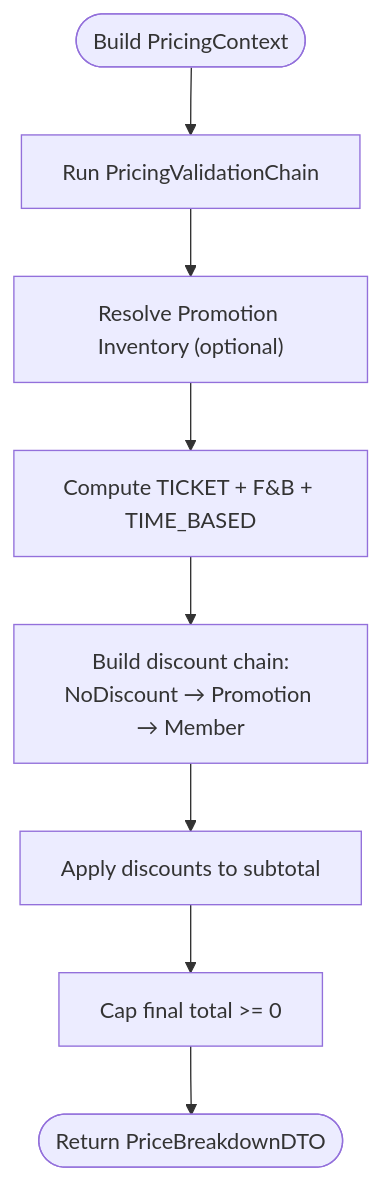
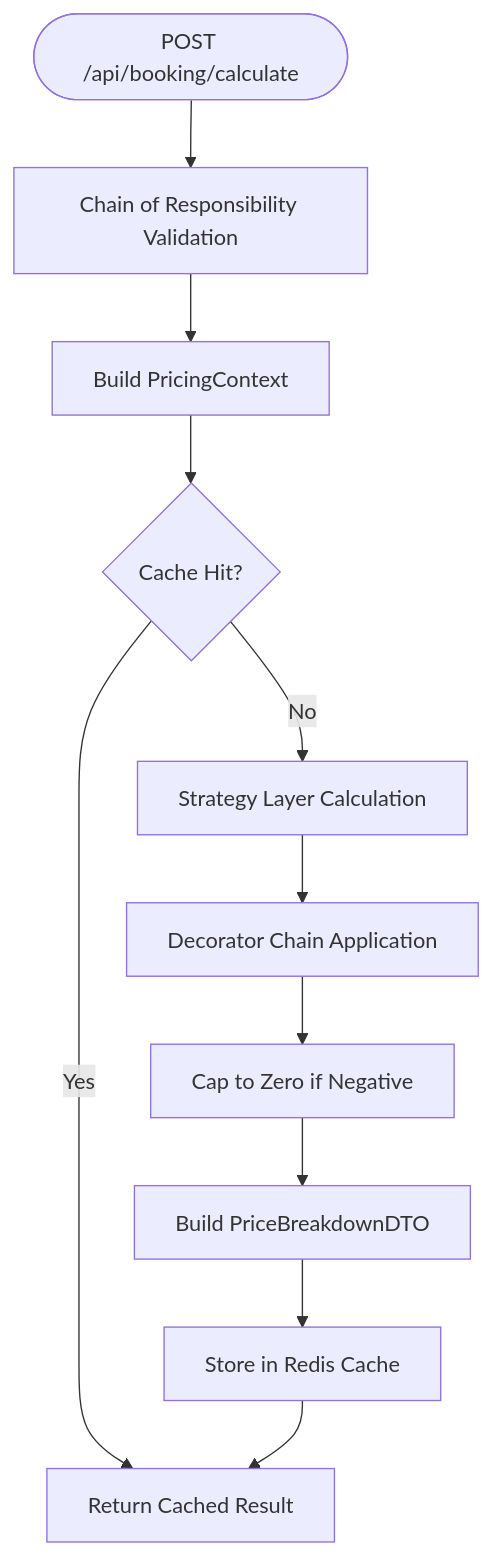
One commit to anhtudayne/Design_Pattern changed the seventh of 8 diagrams in .qoder/repowiki/en/content/Core Features Implementation/Core Features Implementation.md. Above: the diagram before and after it, drawn with Mermaid. The commit also changed other lines of this file and 101 other files, not shown here.

````diff
--- a/.qoder/repowiki/en/content/Core Features Implementation/Core Features Implementation.md
+++ b/.qoder/repowiki/en/content/Core Features Implementation/Core Features Implementation.md
@@ -313,10 +353,13 @@
 ```mermaid
 flowchart TD
-Start(["Build PricingContext"]) --> Validate["Run PricingValidationChain"]
-Validate --> ResolvePromo["Resolve Promotion Inventory (optional)"]
-ResolvePromo --> ComputeLines["Compute TICKET + F&B + TIME_BASED"]
-ComputeLines --> BuildDiscounts["Build discount chain:<br/>NoDiscount → Promotion → Member"]
-BuildDiscounts --> Apply["Apply discounts to subtotal"]
-Apply --> Cap["Cap final total >= 0"]
-Cap --> Done(["Return PriceBreakdownDTO"])
+Start(["POST /api/booking/calculate"]) --> Validate["Chain of Responsibility Validation"]
+Validate --> BuildContext["Build PricingContext"]
+BuildContext --> CacheCheck{"Cache Hit?"}
+CacheCheck --> |Yes| ReturnCached["Return Cached Result"]
+CacheCheck --> |No| StrategyCalc["Strategy Layer Calculation"]
+StrategyCalc --> DecoratorChain["Decorator Chain Application"]
+DecoratorChain --> CapZero["Cap to Zero if Negative"]
+CapZero --> BuildResponse["Build PriceBreakdownDTO"]
+BuildResponse --> CacheStore["Store in Redis Cache"]
+CacheStore --> ReturnCached
 ```
````
